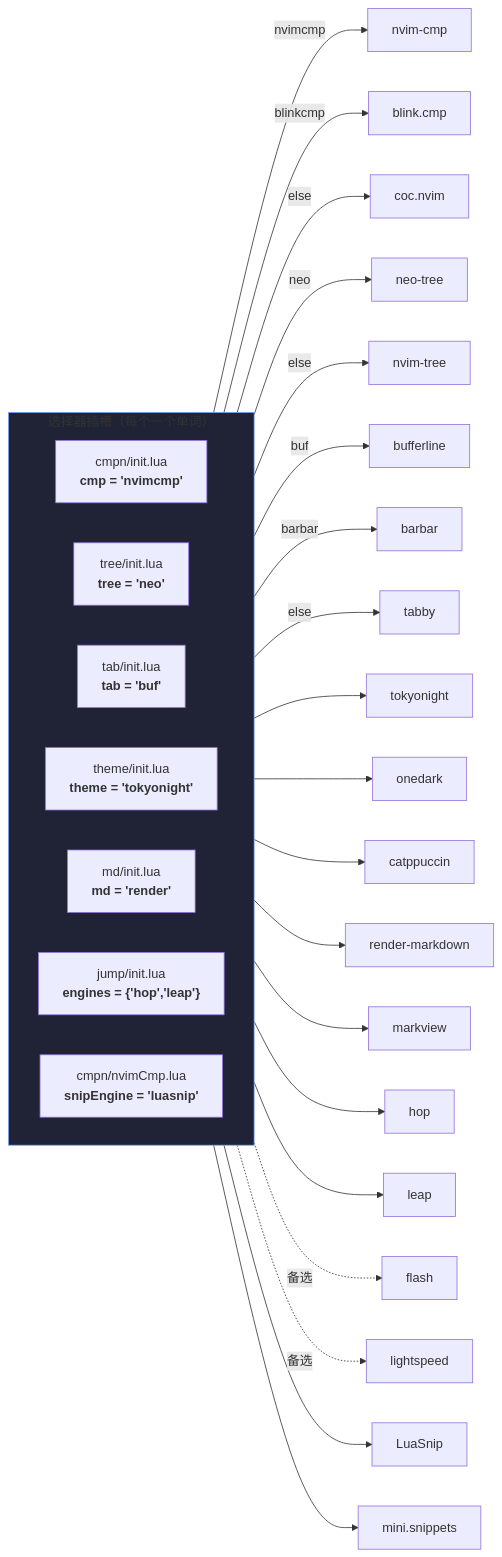
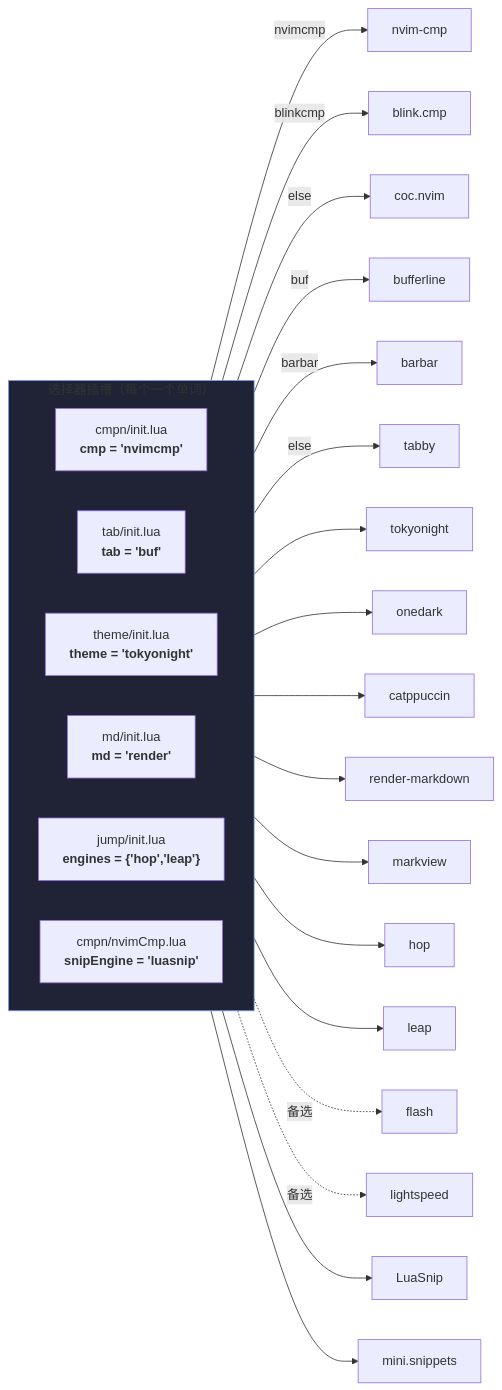
One commit to zczsyqxl/my-nvim changed the first of 2 diagrams in README.zh-CN.md. Above: the diagram before and after it, drawn with Mermaid. The commit also changed other lines of this file and 2 other files, not shown here.

Commit message:
update docs: keymaps table, snacks migration, full LuaLS library in .luarc.json

````diff
--- a/README.zh-CN.md
+++ b/README.zh-CN.md
@@ -277,35 +262,32 @@
 ```mermaid
 flowchart LR
     subgraph slots["选择器插槽（每个一个单词）"]
         direction LR
         CMP["cmpn/init.lua<br/><b>cmp = 'nvimcmp'</b>"]
-        TREE["tree/init.lua<br/><b>tree = 'neo'</b>"]
         TAB["tab/init.lua<br/><b>tab = 'buf'</b>"]
         THEME["theme/init.lua<br/><b>theme = 'tokyonight'</b>"]
         MD["md/init.lua<br/><b>md = 'render'</b>"]
         JUMP["jump/init.lua<br/><b>engines = {'hop','leap'}</b>"]
         SNIP["cmpn/nvimCmp.lua<br/><b>snipEngine = 'luasnip'</b>"]
     end
 
     CMP -->|"nvimcmp"| C1[nvim-cmp]
     CMP -->|"blinkcmp"| C2[blink.cmp]
     CMP -->|"else"| C3[coc.nvim]
-    TREE -->|"neo"| T1[neo-tree]
-    TREE -->|"else"| T2[nvim-tree]
     TAB -->|"buf"| B1[bufferline]
     TAB -->|"barbar"| B2[barbar]
     TAB -->|"else"| B3[tabby]
     THEME --> TH1[tokyonight]
     THEME --> TH2[onedark]
     THEME --> TH3[catppuccin]
     MD --> M1[render-markdown]
     MD --> M2[markview]
     JUMP --> J1[hop]
     JUMP --> J2[leap]
     JUMP -.->|备选| J3[flash]
     JUMP -.->|备选| J4[lightspeed]
     SNIP --> S1[LuaSnip]
     SNIP --> S2[mini.snippets]
 
     style slots fill:#1f2335,stroke:#7aa2f7
 ```
````
